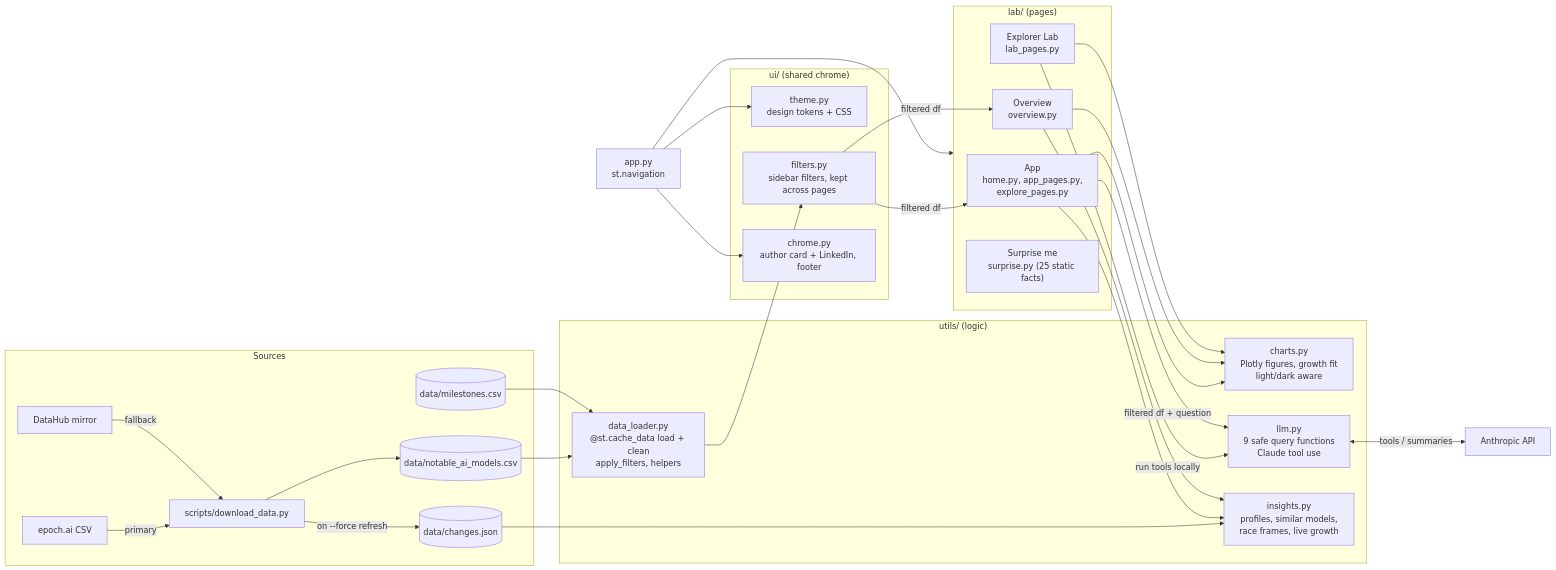
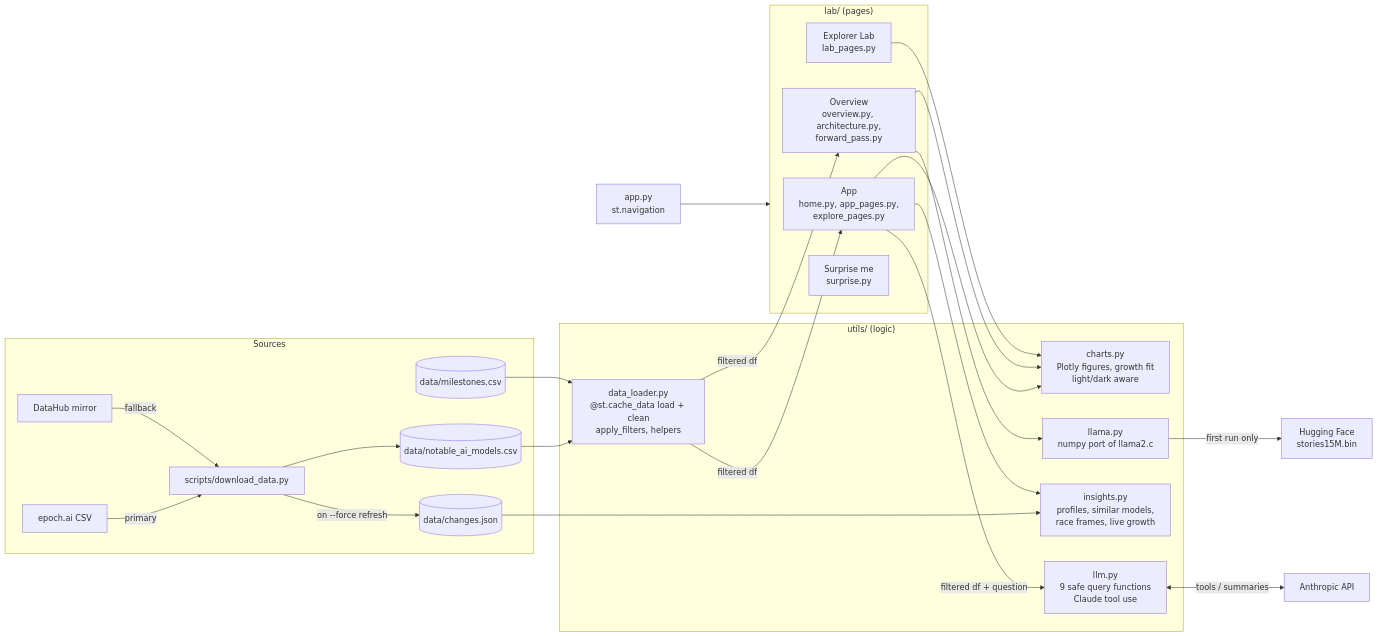
Before and after one commit to ashutoshkaushik/ai-model-explorer: the diagram in README.md, drawn with Mermaid. The commit also changed other lines of this file, not shown here.

First line of the commit message:
README: live app link at the top, consistent structure across the series

````diff
--- a/README.md
+++ b/README.md
@@ -61,48 +42,40 @@
 ```mermaid
 flowchart LR
     subgraph Sources
         E[epoch.ai CSV] -->|primary| DL
         D[DataHub mirror] -->|fallback| DL
         DL[scripts/download_data.py] --> CSV[(data/notable_ai_models.csv)]
         DL -->|on --force refresh| CHG[(data/changes.json)]
         MS[(data/milestones.csv)]
     end
 
     subgraph utils["utils/ (logic)"]
         LOAD["data_loader.py<br/>@st.cache_data load + clean<br/>apply_filters, helpers"]
         CH["charts.py<br/>Plotly figures, growth fit<br/>light/dark aware"]
         LLM["llm.py<br/>9 safe query functions<br/>Claude tool use"]
         INS["insights.py<br/>profiles, similar models,<br/>race frames, live growth"]
-    end
-
-    subgraph ui["ui/ (shared chrome)"]
-        TH["theme.py<br/>design tokens + CSS"]
-        FL["filters.py<br/>sidebar filters, kept across pages"]
-        CR["chrome.py<br/>author card + LinkedIn, footer"]
+        LL["llama.py<br/>numpy port of llama2.c"]
     end
 
     subgraph pages["lab/ (pages)"]
         P1["App<br/>home.py, app_pages.py,<br/>explore_pages.py"]
-        P2["Overview<br/>overview.py"]
+        P2["Overview<br/>overview.py, architecture.py,<br/>forward_pass.py"]
         P3["Explorer Lab<br/>lab_pages.py"]
-        P4["Surprise me<br/>surprise.py (25 static facts)"]
+        P4["Surprise me<br/>surprise.py"]
     end
 
     CSV --> LOAD
     MS --> LOAD
     CHG --> INS
     APP["app.py<br/>st.navigation"] --> pages
-    APP --> TH
-    APP --> CR
-    LOAD --> FL
-    FL -->|filtered df| P1
-    FL -->|filtered df| P2
+    LOAD -->|filtered df| P1
+    LOAD -->|filtered df| P2
     P1 --> CH
     P1 --> INS
-    P2 --> INS
     P2 --> CH
+    P2 --> LL
     P3 --> CH
-    P3 -->|run tools locally| LLM
     P1 -->|filtered df + question| LLM
     LLM <-->|tools / summaries| API[Anthropic API]
+    LL -->|first run only| HF[Hugging Face<br/>stories15M.bin]
 ```
````
